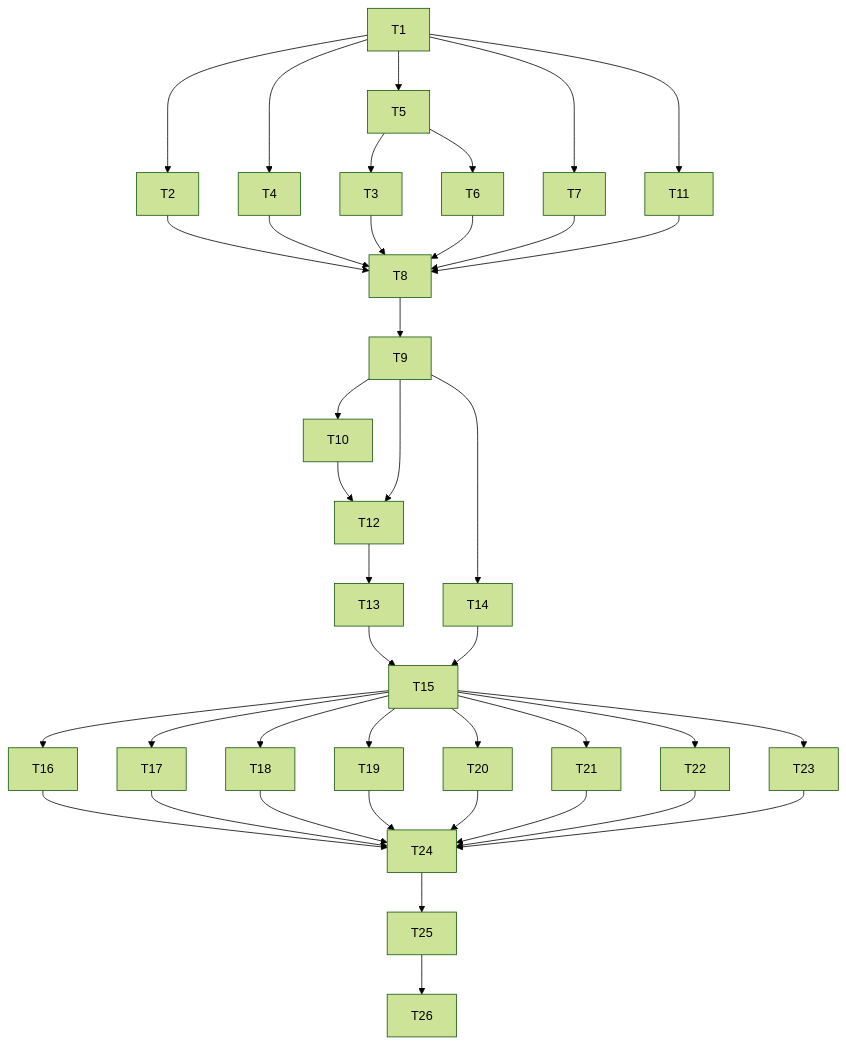
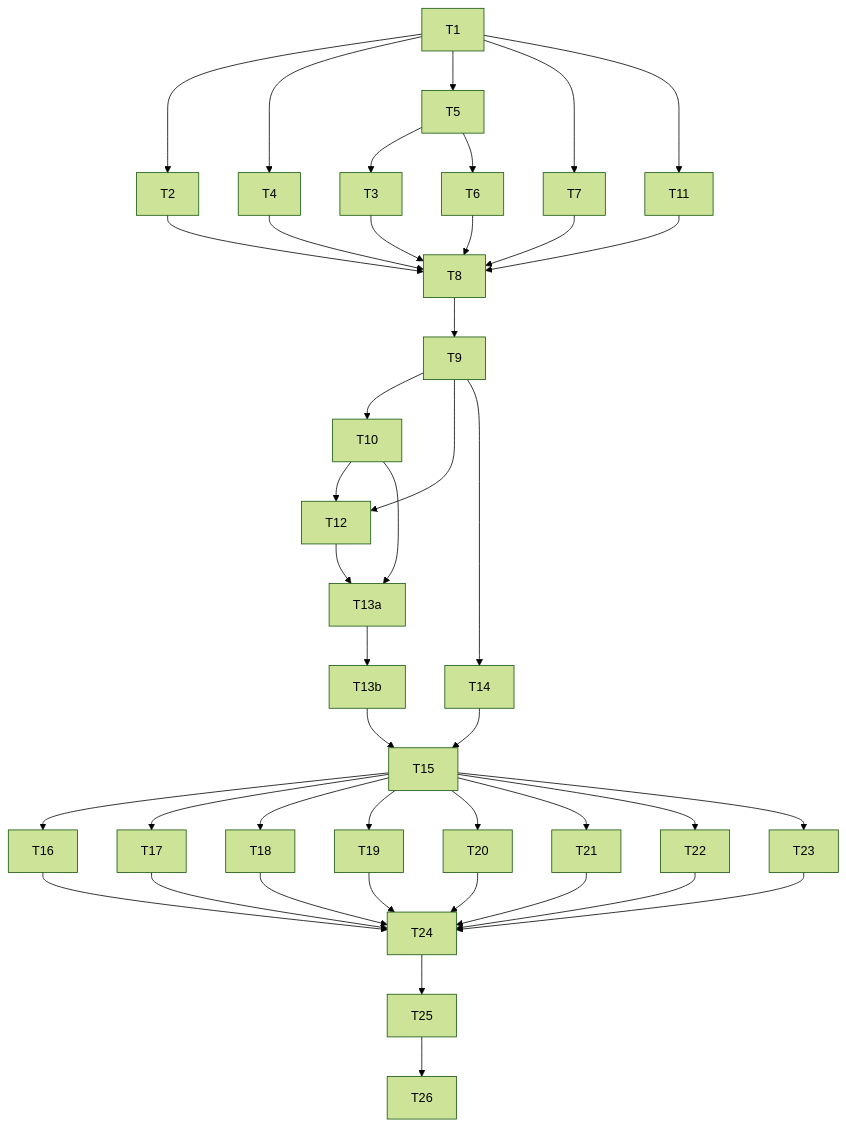
The diagram in docs/pmos/features/2026-05-09_html-artifacts/03_plan.md (maneesh-dh/pmos-toolkit), drawn with Mermaid (forest theme) before and after one commit. The commit also changed other lines of this file, not shown here.

````diff
--- a/docs/pmos/features/2026-05-09_html-artifacts/03_plan.md
+++ b/docs/pmos/features/2026-05-09_html-artifacts/03_plan.md
@@ -75,18 +76,19 @@
 ```mermaid
 flowchart TD
   T1 --> T2 & T4 & T5
   T5 --> T3 & T6
   T1 --> T7
   T11 --> T8
   T2 & T3 & T4 & T6 & T7 --> T8
   T8 --> T9
   T9 --> T10
   T1 --> T11
   T9 & T10 --> T12
-  T12 --> T13
+  T10 & T12 --> T13a
+  T13a --> T13b
   T9 --> T14
-  T13 & T14 --> T15
+  T13b & T14 --> T15
   T15 --> T16 & T17 & T18 & T19 & T20 & T21 & T22 & T23
   T16 & T17 & T18 & T19 & T20 & T21 & T22 & T23 --> T24
   T24 --> T25 --> T26
 ```
````
